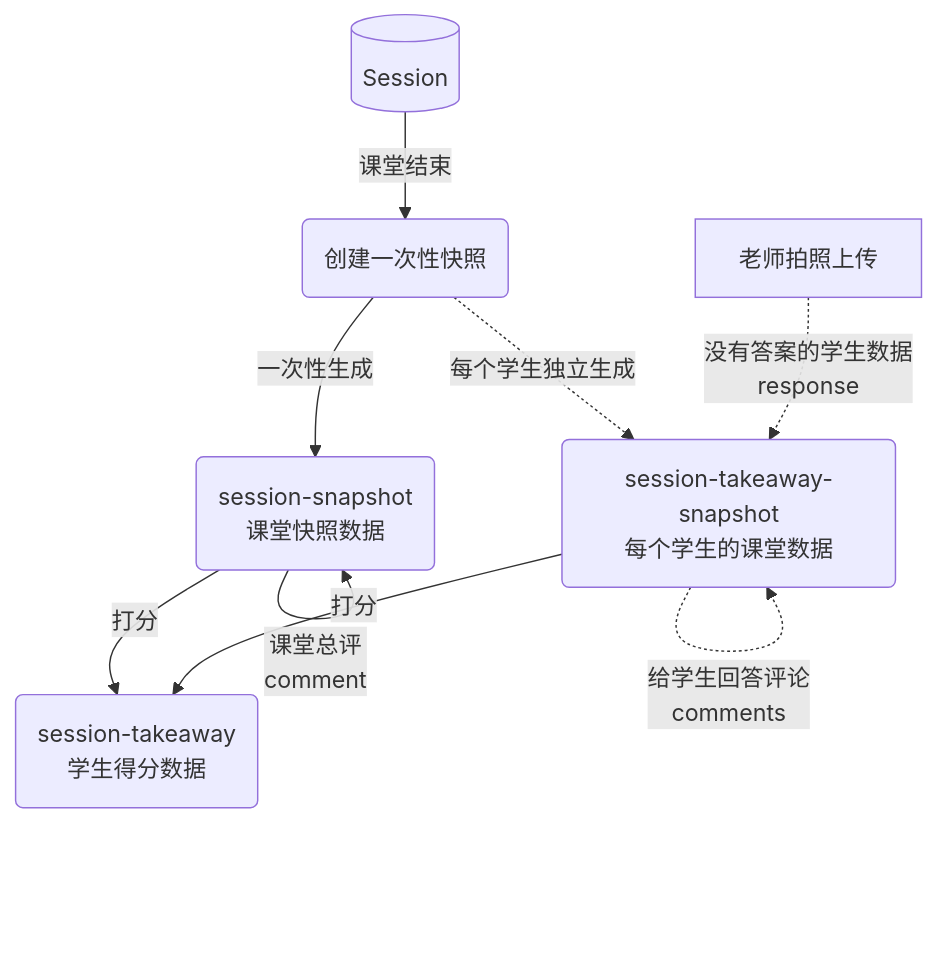
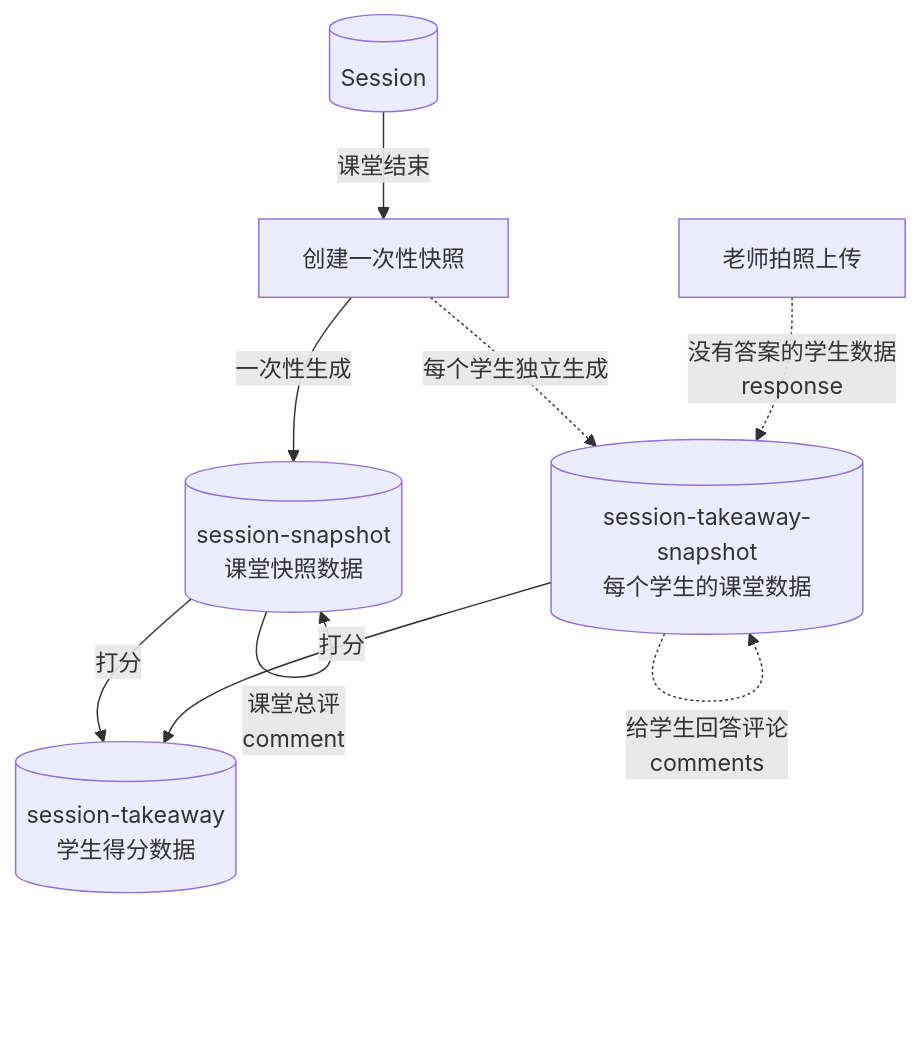
The diagram in fio/session-takeaway.md (zran-nz/doc), drawn with Mermaid before and after one commit.

````diff
--- a/fio/session-takeaway.md
+++ b/fio/session-takeaway.md
@@ -3,11 +3,11 @@
 ```mermaid
 graph TD
-    A[(Session)] -->|课堂结束| S(创建一次性快照)
-    S -->|一次性生成| SA(session-snapshot<br>课堂快照数据)
-    S -.->|每个学生独立生成| SS(session-takeaway-snapshot<br>每个学生的课堂数据)
-    SA -->|打分| T(session-takeaway<br>学生得分数据)
+    A[(Session)] -->|课堂结束| S[创建一次性快照]
+    S -->|一次性生成| SA[(session-snapshot<br>课堂快照数据)]
+    S -.->|每个学生独立生成| SS[(session-takeaway-snapshot<br>每个学生的课堂数据)]
+    SA -->|打分| T[(session-takeaway<br>学生得分数据)]
     SS -->|打分| T
     TU[老师拍照上传] -.->|没有答案的学生数据<br>response| SS
     SS -.->|给学生回答评论<br>comments| SS
     SA -->|课堂总评<br>comment| SA
 ```
````
